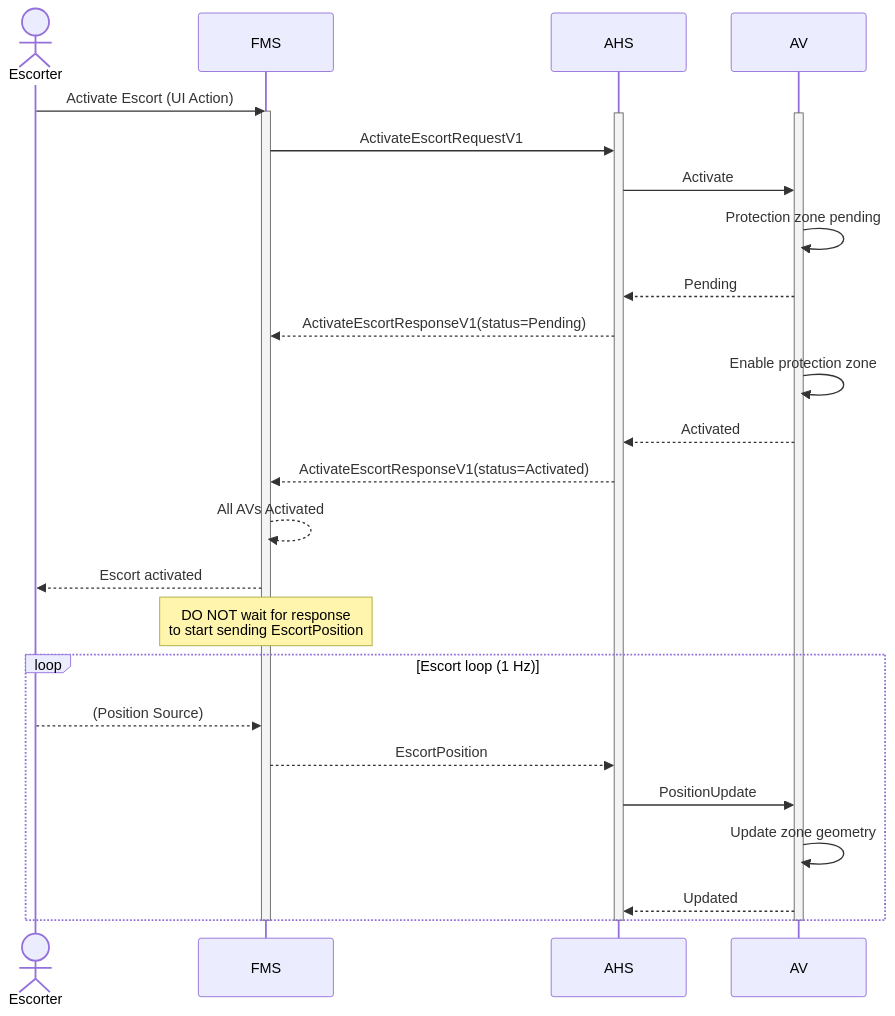
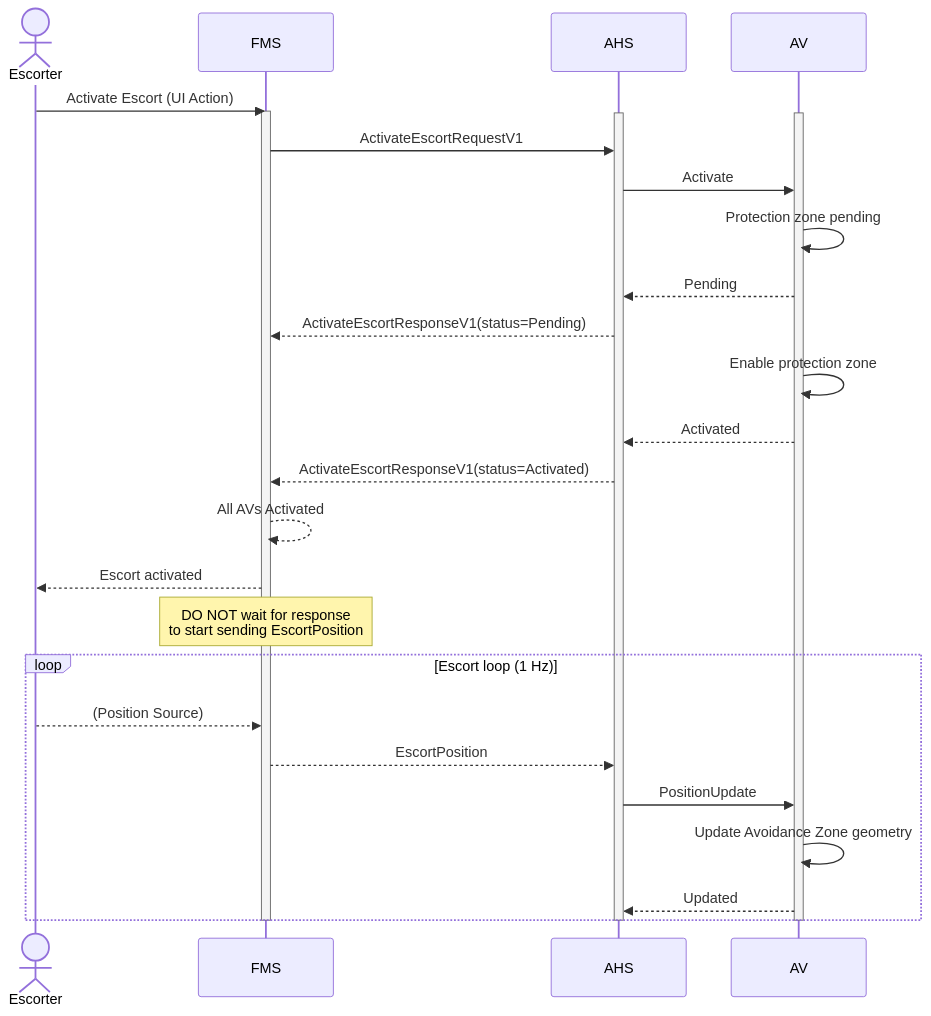
The first of 3 diagrams in diagram/EscortActivation.md (open-autonomy/escort), drawn with Mermaid before and after one commit.

Commit message:
minor fix in EscortActivation.md

````diff
--- a/diagram/EscortActivation.md
+++ b/diagram/EscortActivation.md
@@ -9,35 +9,35 @@
 ```mermaid
 sequenceDiagram
     actor Escorter
     participant FMS
     participant AHS
     participant AV
 
     Escorter->>FMS: Activate Escort (UI Action)
     activate FMS
     activate AHS
     activate AV
     FMS->>AHS: ActivateEscortRequestV1
     AHS->>AV: Activate
     AV->>AV: Protection zone pending
     AV-->>AHS: Pending
     AHS-->>FMS: ActivateEscortResponseV1(status=Pending)
 
     AV->>AV: Enable protection zone
     AV-->>AHS: Activated
     AHS-->>FMS: ActivateEscortResponseV1(status=Activated)
     FMS-->>FMS: All AVs Activated
     FMS-->>Escorter: Escort activated
     Note over FMS: DO NOT wait for response<br/>to start sending EscortPosition
     loop Escort loop (1 Hz)
         Escorter-->>FMS: (Position Source)
         FMS-->>AHS: EscortPosition
         AHS->>AV: PositionUpdate
-        AV->>AV: Update zone geometry
+        AV->>AV: Update Avoidance Zone geometry
         AV-->>AHS: Updated
     end
     %% Deactivation flow moved to EscortDeactivation.md
     deactivate AV
     deactivate AHS
     deactivate FMS
 ```
````
